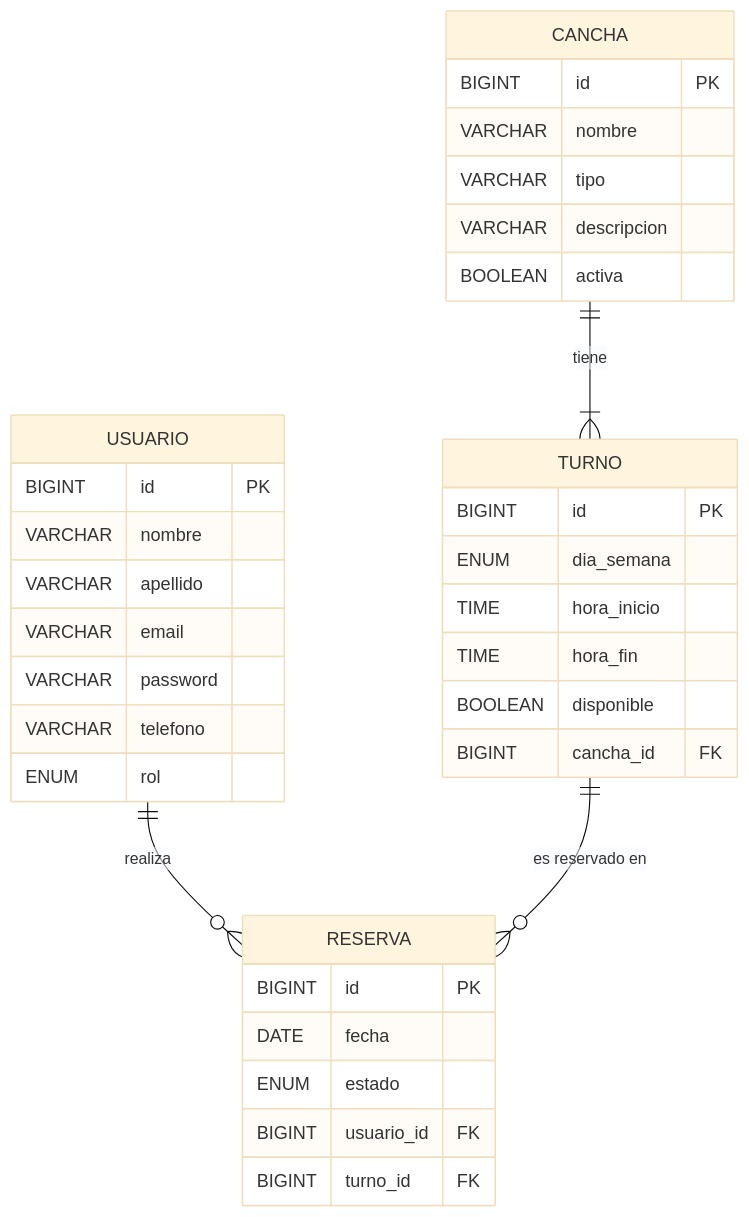
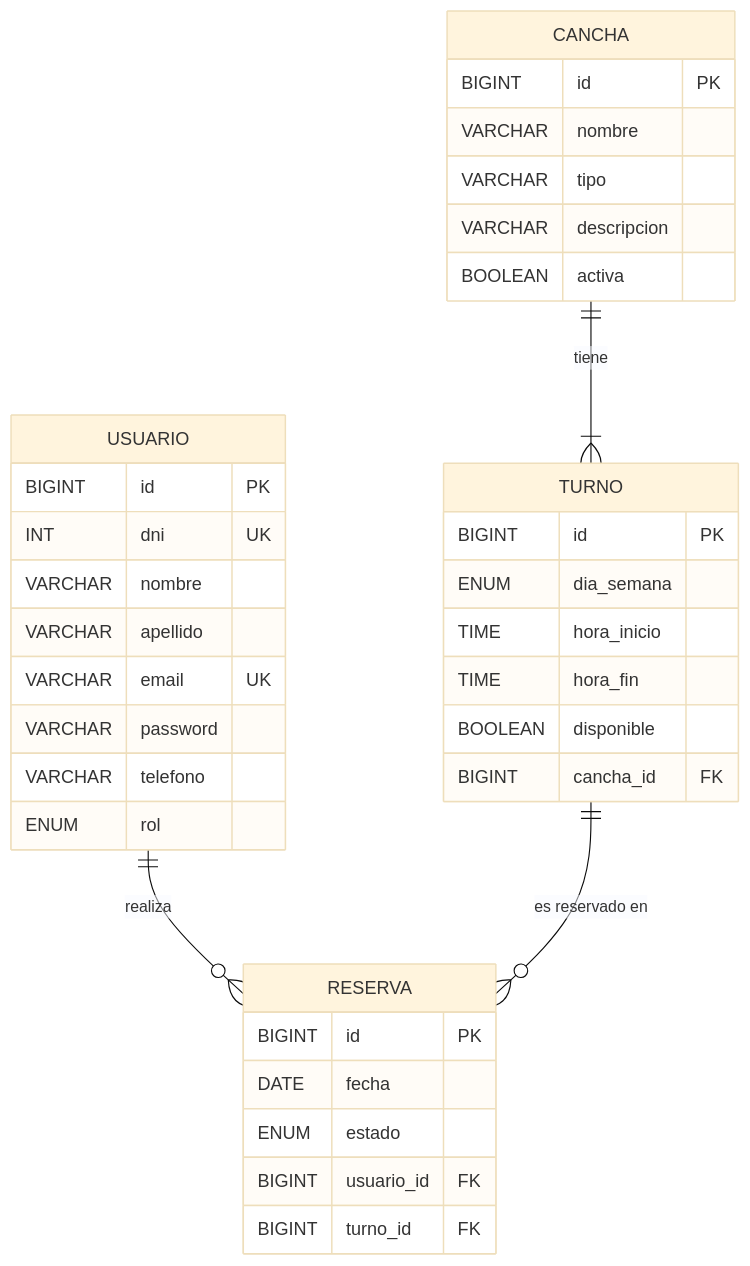
Before and after one commit to Instituto-Politecnico-Modelo/2026-MTN-TP3-docs-Miceli-Tabuada: the diagram in modeloER.md, drawn with Mermaid (base theme). The commit also changed 2 other files, not shown here.

Commit message:
adaptacion completada - closes #35

````diff
--- a/modeloER.md
+++ b/modeloER.md
@@ -3,41 +3,42 @@
 ```mermaid
 erDiagram
     USUARIO {
         BIGINT id PK
+        INT dni UK
         VARCHAR nombre
         VARCHAR apellido
-        VARCHAR email
+        VARCHAR email UK
         VARCHAR password
         VARCHAR telefono
         ENUM rol
     }
 
     CANCHA {
         BIGINT id PK
         VARCHAR nombre
         VARCHAR tipo
         VARCHAR descripcion
         BOOLEAN activa
     }
 
     TURNO {
         BIGINT id PK
         ENUM dia_semana
         TIME hora_inicio
         TIME hora_fin
         BOOLEAN disponible
         BIGINT cancha_id FK
     }
 
     RESERVA {
         BIGINT id PK
         DATE fecha
         ENUM estado
         BIGINT usuario_id FK
         BIGINT turno_id FK
     }
 
     USUARIO ||--o{ RESERVA : "realiza"
     CANCHA ||--|{ TURNO : "tiene"
     TURNO ||--o{ RESERVA : "es reservado en"
 ```
````
